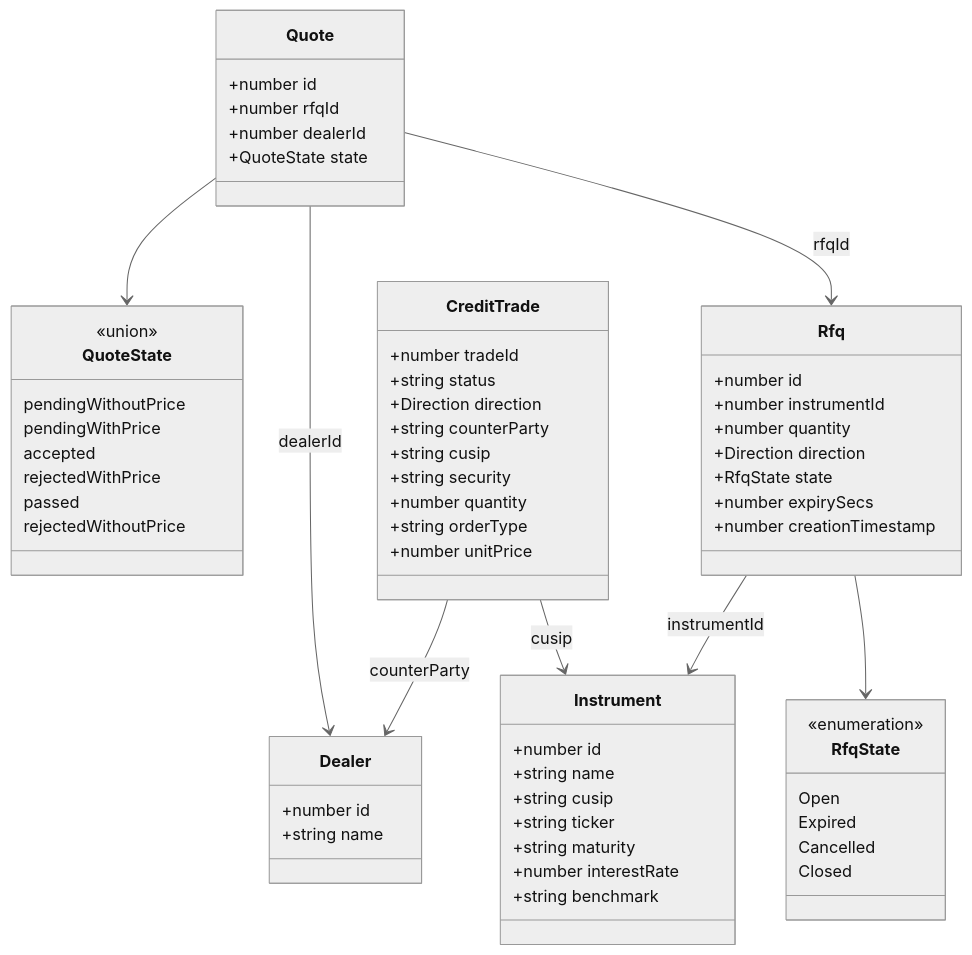
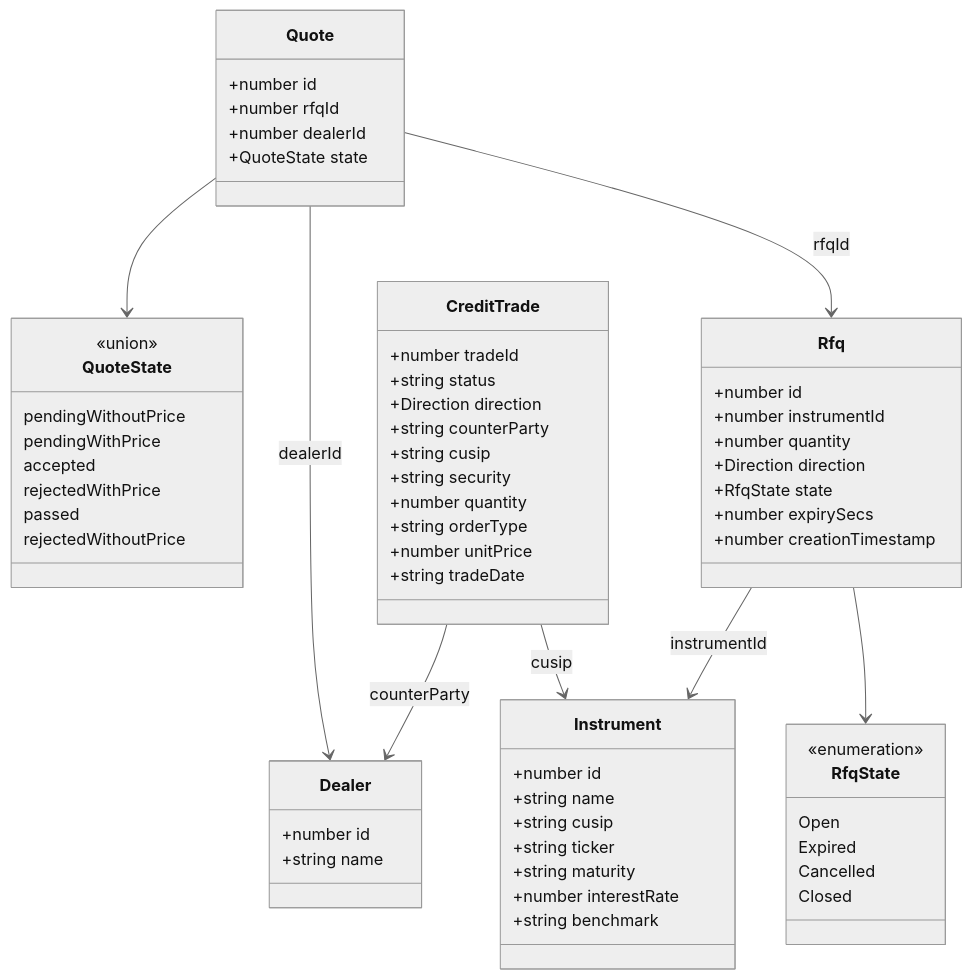
One commit to bettersoftware-io/ReactiveTraderCloudClone changed the seventh of 18 diagrams in docs/architecture.md. Above: the diagram before and after it, drawn with Mermaid (neutral theme). The commit also changed other lines of this file and 5 other files, not shown here.

````diff
--- a/docs/architecture.md
+++ b/docs/architecture.md
@@ -378,74 +377,75 @@
 ```mermaid
 classDiagram
     direction TB
 
     class Instrument {
         +number id
         +string name
         +string cusip
         +string ticker
         +string maturity
         +number interestRate
         +string benchmark
     }
 
     class Dealer {
         +number id
         +string name
     }
 
     class Rfq {
         +number id
         +number instrumentId
         +number quantity
         +Direction direction
         +RfqState state
         +number expirySecs
         +number creationTimestamp
     }
 
     class QuoteState {
         <<union>>
         pendingWithoutPrice
         pendingWithPrice
         accepted
         rejectedWithPrice
         passed
         rejectedWithoutPrice
     }
 
     class Quote {
         +number id
         +number rfqId
         +number dealerId
         +QuoteState state
     }
 
     class CreditTrade {
         +number tradeId
         +string status
         +Direction direction
         +string counterParty
         +string cusip
         +string security
         +number quantity
         +string orderType
         +number unitPrice
+        +string tradeDate
     }
 
     class RfqState {
         <<enumeration>>
         Open
         Expired
         Cancelled
         Closed
     }
 
     Rfq --> RfqState
     Rfq --> Instrument : instrumentId
     Quote --> Rfq : rfqId
     Quote --> Dealer : dealerId
     Quote --> QuoteState
     CreditTrade --> Instrument : cusip
     CreditTrade --> Dealer : counterParty
 ```
````
